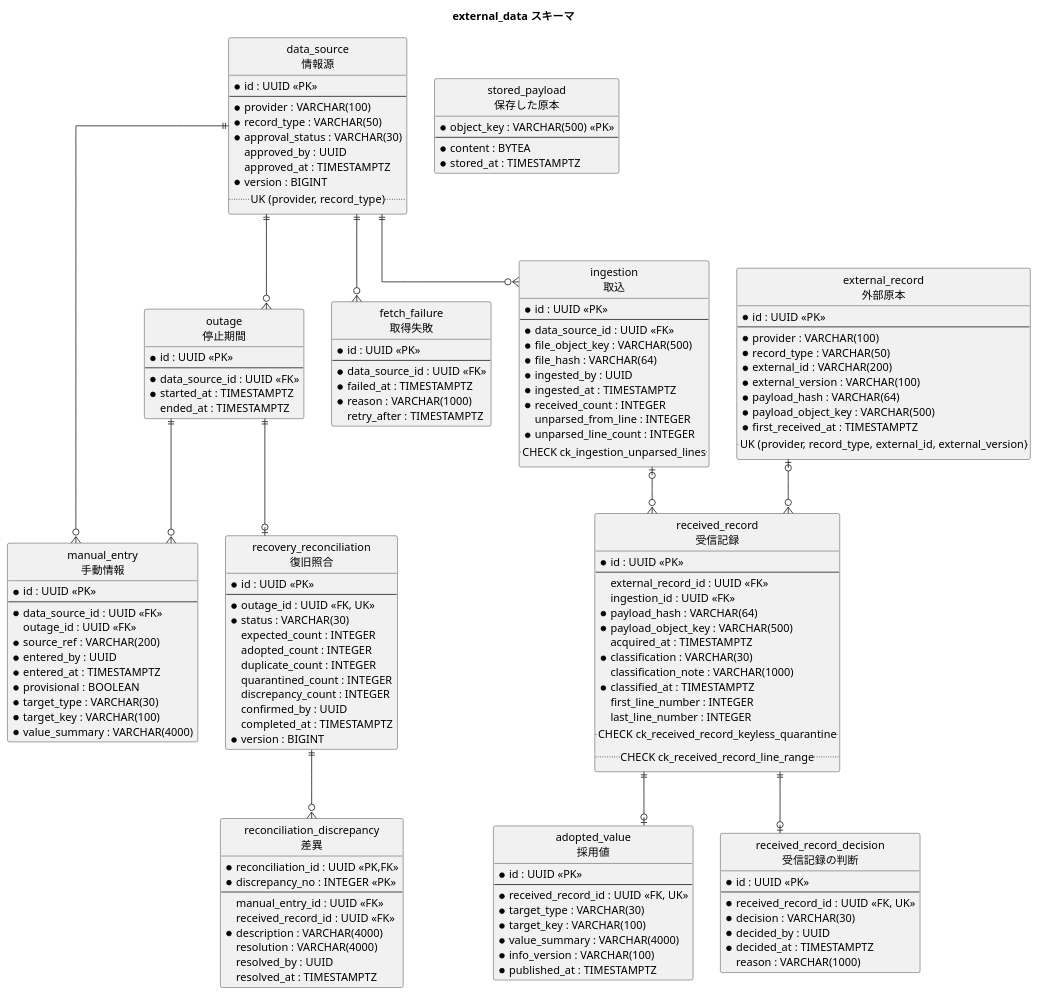
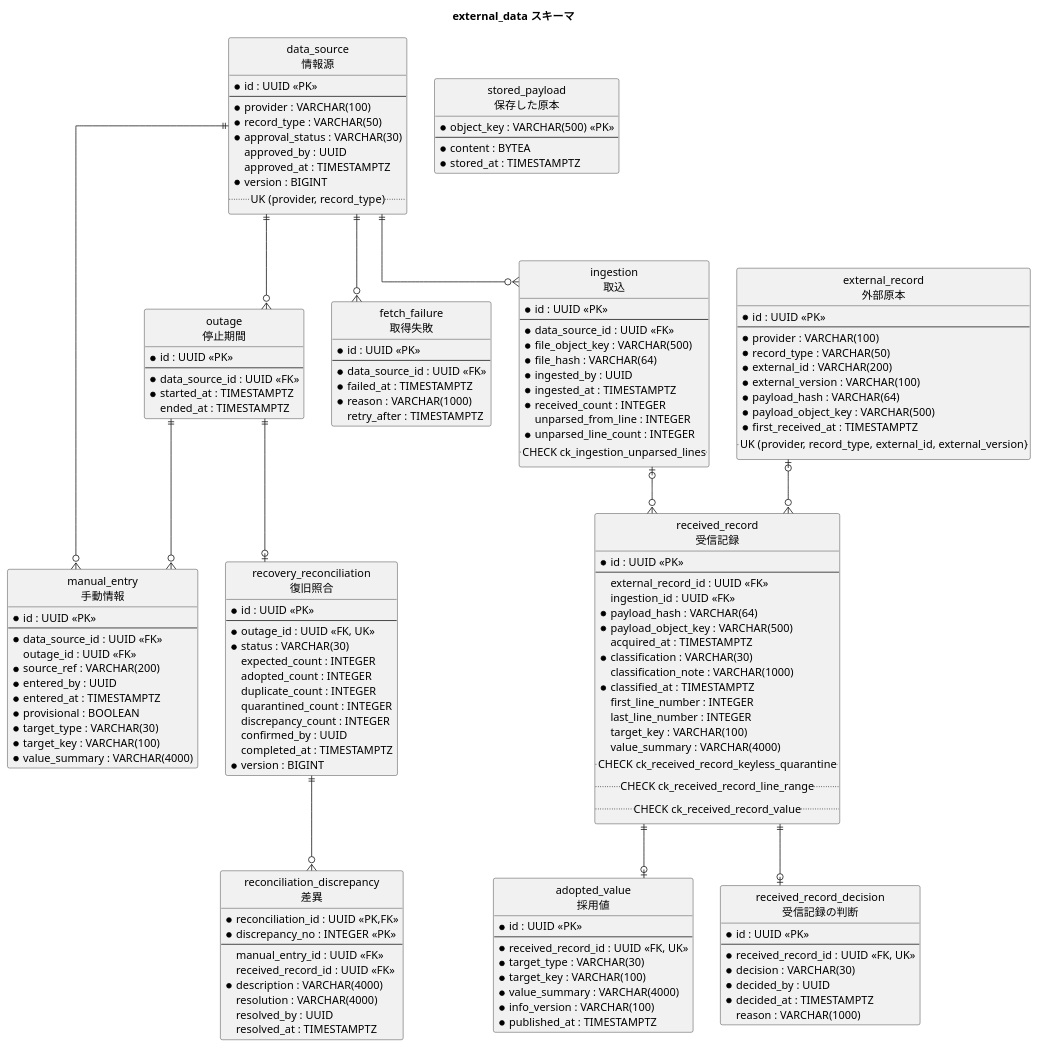
One commit to k2works/practical-domain-driven-design-in-enterpris-application changed the eighth of 8 diagrams in docs/design/cargo-tracker/data_model.md. Above: the diagram before and after it, drawn with PlantUML. The commit also changed other lines of this file and 12 other files, not shown here.

```diff
--- a/docs/design/cargo-tracker/data_model.md
+++ b/docs/design/cargo-tracker/data_model.md
@@ -1057,8 +1057,11 @@
   * classified_at : TIMESTAMPTZ
   first_line_number : INTEGER
   last_line_number : INTEGER
+  target_key : VARCHAR(100)
+  value_summary : VARCHAR(4000)
   .. CHECK ck_received_record_keyless_quarantine ..
   .. CHECK ck_received_record_line_range ..
+  .. CHECK ck_received_record_value ..
 }
 entity "received_record_decision\n受信記録の判断" as rcd {
   * id : UUID <<PK>>
```
